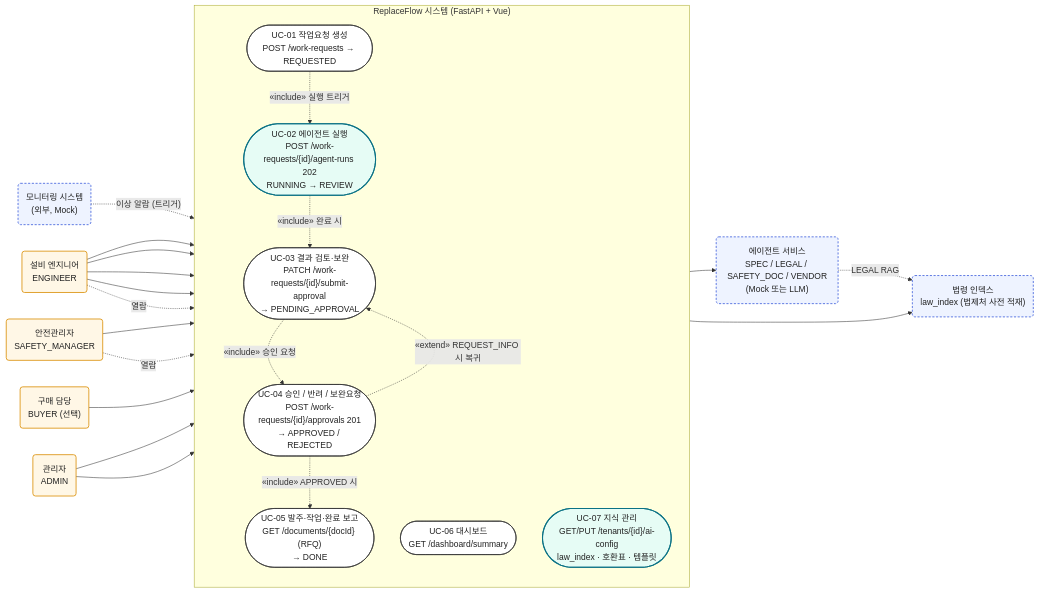
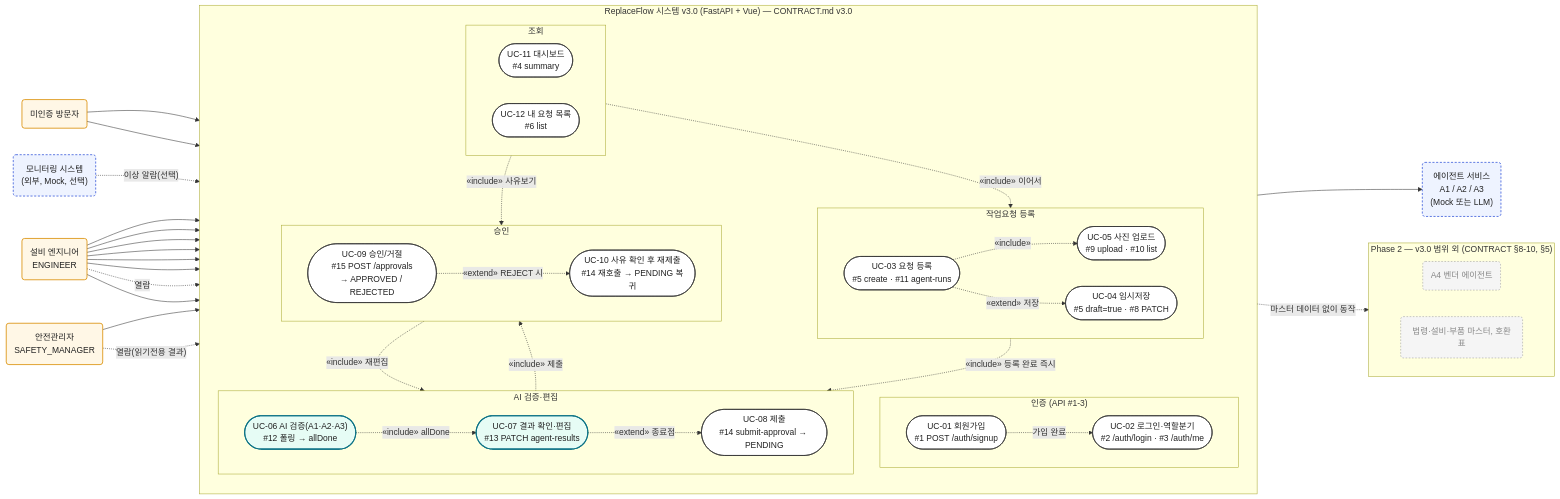
Before and after one commit to jang961111-hash/skala-argus: the diagram in docs/02_usecase/usecase_diagram.mmd, drawn with Mermaid. The commit also changed 16 other files, not shown here.

```diff
--- a/docs/02_usecase/usecase_diagram.mmd
+++ b/docs/02_usecase/usecase_diagram.mmd
@@ -1,56 +1,98 @@
-%% ReplaceFlow Use-Case Diagram (flowchart LR, actors = rounded nodes, UCs = stadium)
+%% ReplaceFlow Use-Case Diagram v3.0 (flowchart LR, actors = rounded nodes, UCs = stadium)
 flowchart LR
   %% ---------- Actors ----------
+  VISITOR("미인증 방문자")
   ENG("설비 엔지니어<br/>ENGINEER")
   SM("안전관리자<br/>SAFETY_MANAGER")
-  BUYER("구매 담당<br/>BUYER (선택)")
-  ADMIN("관리자<br/>ADMIN")
-  MON("모니터링 시스템<br/>(외부, Mock)")
-  AGENTS("에이전트 서비스<br/>SPEC / LEGAL / SAFETY_DOC / VENDOR<br/>(Mock 또는 LLM)")
-  LAW("법령 인덱스<br/>law_index (법제처 사전 적재)")
+  MON("모니터링 시스템<br/>(외부, Mock, 선택)")
+  AGENTS("에이전트 서비스<br/>A1 / A2 / A3<br/>(Mock 또는 LLM)")
 
   %% ---------- System boundary ----------
-  subgraph SYS["ReplaceFlow 시스템 (FastAPI + Vue)"]
+  subgraph SYS["ReplaceFlow 시스템 v3.0 (FastAPI + Vue) — CONTRACT.md v3.0"]
     direction TB
-    UC01(["UC-01 작업요청 생성<br/>POST /work-requests → REQUESTED"])
-    UC02(["UC-02 에이전트 실행<br/>POST /work-requests/{id}/agent-runs 202<br/>RUNNING → REVIEW"])
-    UC03(["UC-03 결과 검토·보완<br/>PATCH /work-requests/{id}/submit-approval<br/>→ PENDING_APPROVAL"])
-    UC04(["UC-04 승인 / 반려 / 보완요청<br/>POST /work-requests/{id}/approvals 201<br/>→ APPROVED / REJECTED"])
-    UC05(["UC-05 발주·작업·완료 보고<br/>GET /documents/{docId} (RFQ)<br/>→ DONE"])
-    UC06(["UC-06 대시보드<br/>GET /dashboard/summary"])
-    UC07(["UC-07 지식 관리<br/>GET/PUT /tenants/{id}/ai-config<br/>law_index · 호환표 · 템플릿"])
+
+    subgraph AUTH["인증 (API #1-3)"]
+      direction LR
+      UC01(["UC-01 회원가입<br/>#1 POST /auth/signup"])
+      UC02(["UC-02 로그인·역할분기<br/>#2 /auth/login · #3 /auth/me"])
+    end
+
+    subgraph REGISTER["작업요청 등록"]
+      direction LR
+      UC03(["UC-03 요청 등록<br/>#5 create · #11 agent-runs"])
+      UC04(["UC-04 임시저장<br/>#5 draft=true · #8 PATCH"])
+      UC05(["UC-05 사진 업로드<br/>#9 upload · #10 list"])
+    end
+
+    subgraph AI["AI 검증·편집"]
+      direction LR
+      UC06(["UC-06 AI 검증(A1·A2·A3)<br/>#12 폴링 → allDone"])
+      UC07(["UC-07 결과 확인·편집<br/>#13 PATCH agent-results"])
+      UC08(["UC-08 제출<br/>#14 submit-approval → PENDING"])
+    end
+
+    subgraph APPROVAL["승인"]
+      direction LR
+      UC09(["UC-09 승인/거절<br/>#15 POST /approvals<br/>→ APPROVED / REJECTED"])
+      UC10(["UC-10 사유 확인 후 재제출<br/>#14 재호출 → PENDING 복귀"])
+    end
+
+    subgraph VIEW["조회"]
+      direction LR
+      UC11(["UC-11 대시보드<br/>#4 summary"])
+      UC12(["UC-12 내 요청 목록<br/>#6 list"])
+    end
+  end
+
+  subgraph PHASE2["Phase 2 — v3.0 범위 외 (CONTRACT §8-10, §5)"]
+    direction LR
+    P_VENDOR("A4 벤더 에이전트")
+    P_MASTER("법령·설비·부품 마스터, 호환표")
   end
 
   %% ---------- Associations ----------
-  MON -. "이상 알람 (트리거)" .-> UC01
-  ENG --> UC01
-  ENG --> UC02
+  VISITOR --> UC01
+  VISITOR --> UC02
+  UC01 -. "가입 완료" .-> UC02
+
+  MON -. "이상 알람(선택)" .-> UC03
   ENG --> UC03
+  ENG --> UC04
   ENG --> UC05
-  ENG -. "열람" .-> UC06
-  SM --> UC04
-  SM -. "열람" .-> UC06
-  BUYER --> UC05
-  ADMIN --> UC06
-  ADMIN --> UC07
+  ENG --> UC07
+  ENG --> UC08
+  ENG --> UC10
+  ENG -. "열람" .-> UC11
+  ENG --> UC12
 
-  UC02 --> AGENTS
-  AGENTS -. "LEGAL RAG" .-> LAW
-  UC07 --> LAW
+  SM --> UC09
+  SM -. "열람(읽기전용 결과)" .-> UC11
+
+  UC06 --> AGENTS
 
   %% ---------- include / extend ----------
-  UC01 -. "«include» 실행 트리거" .-> UC02
-  UC02 -. "«include» 완료 시" .-> UC03
-  UC03 -. "«include» 승인 요청" .-> UC04
-  UC04 -. "«extend» REQUEST_INFO 시 복귀" .-> UC03
-  UC04 -. "«include» APPROVED 시" .-> UC05
+  UC03 -. "«include»" .-> UC05
+  UC03 -. "«extend» 저장" .-> UC04
+  UC03 -. "«include» 등록 완료 즉시" .-> UC06
+  UC06 -. "«include» allDone" .-> UC07
+  UC07 -. "«extend» 종료점" .-> UC08
+  UC08 -. "«include» 제출" .-> UC09
+  UC09 -. "«extend» REJECT 시" .-> UC10
+  UC10 -. "«include» 재편집" .-> UC07
+  UC12 -. "«include» 이어서" .-> UC04
+  UC12 -. "«include» 사유보기" .-> UC10
+
+  %% ---------- Phase 2 (dashed, excluded) ----------
+  UC06 -. "마스터 데이터 없이 동작" .-> PHASE2
 
   %% ---------- Styles ----------
   classDef actor fill:#fff7e6,stroke:#d98c00,stroke-width:1.5px,color:#222;
   classDef ext fill:#eef3ff,stroke:#3b5bdb,stroke-width:1.5px,stroke-dasharray:4 3,color:#222;
   classDef uc fill:#ffffff,stroke:#333,stroke-width:1.2px,color:#222;
   classDef ai fill:#e6fcf5,stroke:#0b7285,stroke-width:2px,color:#222;
-  class ENG,SM,BUYER,ADMIN actor;
-  class MON,AGENTS,LAW ext;
-  class UC01,UC03,UC04,UC05,UC06 uc;
-  class UC02,UC07 ai;
+  classDef phase2 fill:#f5f5f5,stroke:#999,stroke-width:1px,stroke-dasharray:3 3,color:#888;
+  class VISITOR,ENG,SM actor;
+  class MON,AGENTS ext;
+  class UC01,UC02,UC03,UC04,UC05,UC08,UC09,UC10,UC11,UC12 uc;
+  class UC06,UC07 ai;
+  class P_VENDOR,P_MASTER phase2;
```
